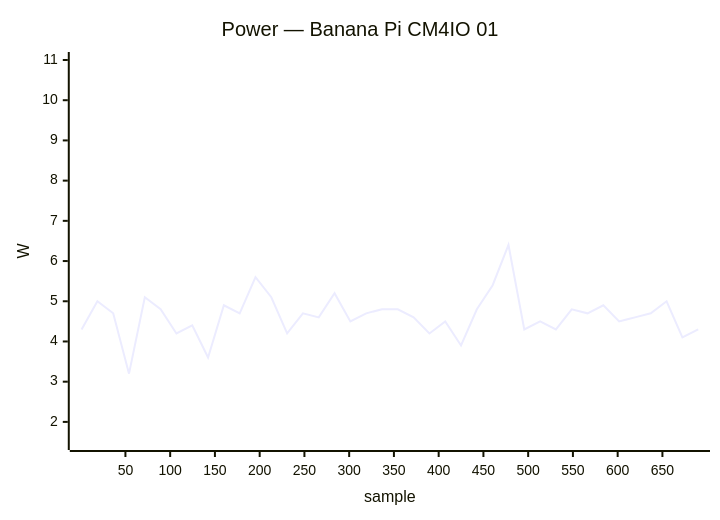
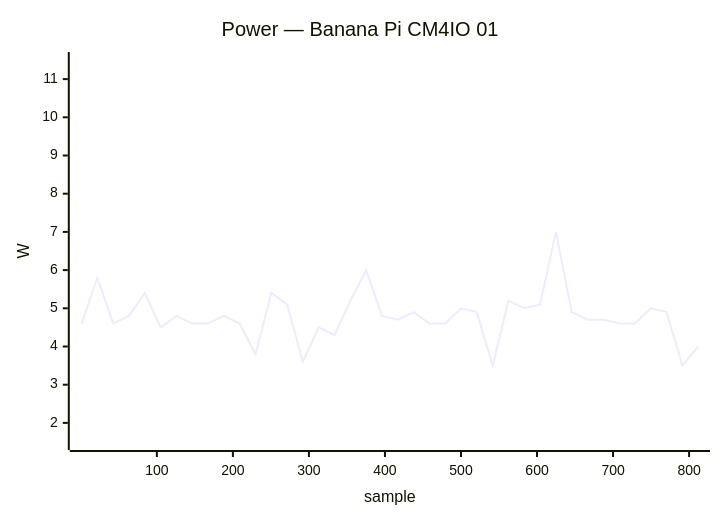
The fifth of 48 diagrams in docs/status/board-tests.md (armbian/documentation), drawn with Mermaid before and after one commit. The commit also changed other lines of this file, not shown here.

````diff
--- a/docs/status/board-tests.md
+++ b/docs/status/board-tests.md
@@ -165,7 +278,7 @@
 ```mermaid
 xychart-beta
     title "Power — Banana Pi CM4IO 01"
-    x-axis "sample" 1 --> 690
-    y-axis "W" 1.5 --> 11.0
-    line [4.3, 5.0, 4.7, 3.2, 5.1, 4.8, 4.2, 4.4, 3.6, 4.9, 4.7, 5.6, 5.1, 4.2, 4.7, 4.6, 5.2, 4.5, 4.7, 4.8, 4.8, 4.6, 4.2, 4.5, 3.9, 4.8, 5.4, 6.4, 4.3, 4.5, 4.3, 4.8, 4.7, 4.9, 4.5, 4.6, 4.7, 5.0, 4.1, 4.3]
+    x-axis "sample" 1 --> 812
+    y-axis "W" 1.5 --> 11.5
+    line [4.6, 5.8, 4.6, 4.8, 5.4, 4.5, 4.8, 4.6, 4.6, 4.8, 4.6, 3.8, 5.4, 5.1, 3.6, 4.5, 4.3, 5.2, 6.0, 4.8, 4.7, 4.9, 4.6, 4.6, 5.0, 4.9, 3.5, 5.2, 5.0, 5.1, 7.0, 4.9, 4.7, 4.7, 4.6, 4.6, 5.0, 4.9, 3.5, 4.0]
 ```
````
